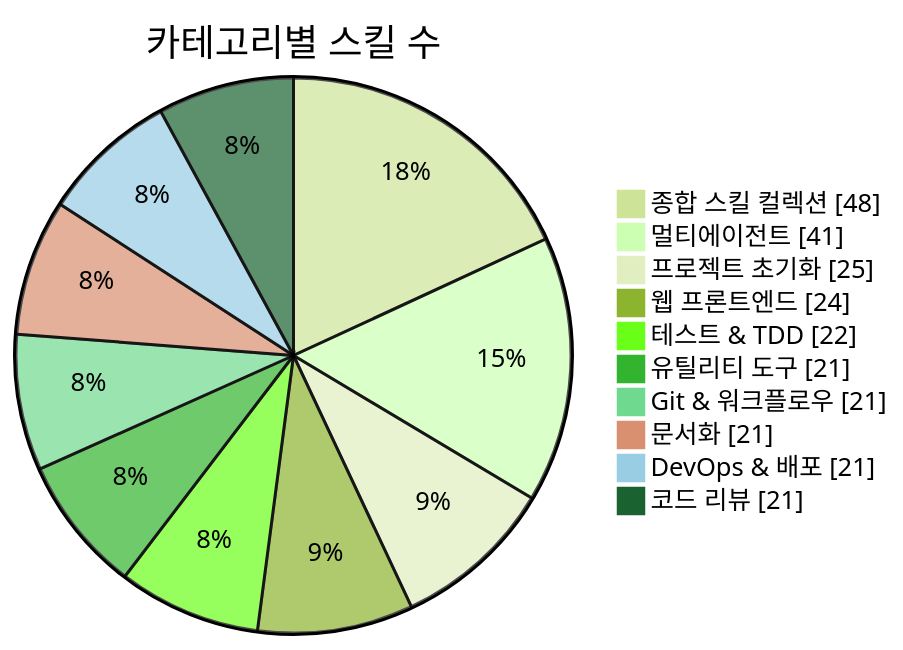
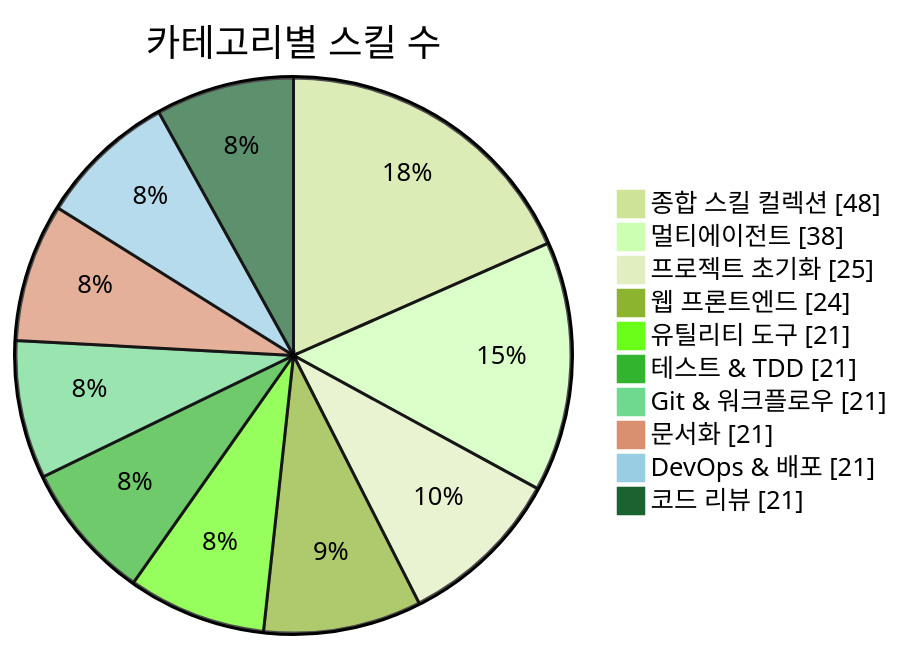
The first of 3 diagrams in README.md (J-nowcow/awesome-korean-agent-skills), drawn with Mermaid (forest theme) before and after one commit. The commit also changed other lines of this file and 27 other files, not shown here.

````diff
--- a/README.md
+++ b/README.md
@@ -176,14 +176,14 @@
 ```mermaid
 pie showData
     title 카테고리별 스킬 수
     "종합 스킬 컬렉션" : 48
-    "멀티에이전트" : 41
+    "멀티에이전트" : 38
     "프로젝트 초기화" : 25
     "웹 프론트엔드" : 24
-    "테스트 & TDD" : 22
     "유틸리티 도구" : 21
+    "테스트 & TDD" : 21
     "Git & 워크플로우" : 21
     "문서화" : 21
     "DevOps & 배포" : 21
     "코드 리뷰" : 21
 ```
````
